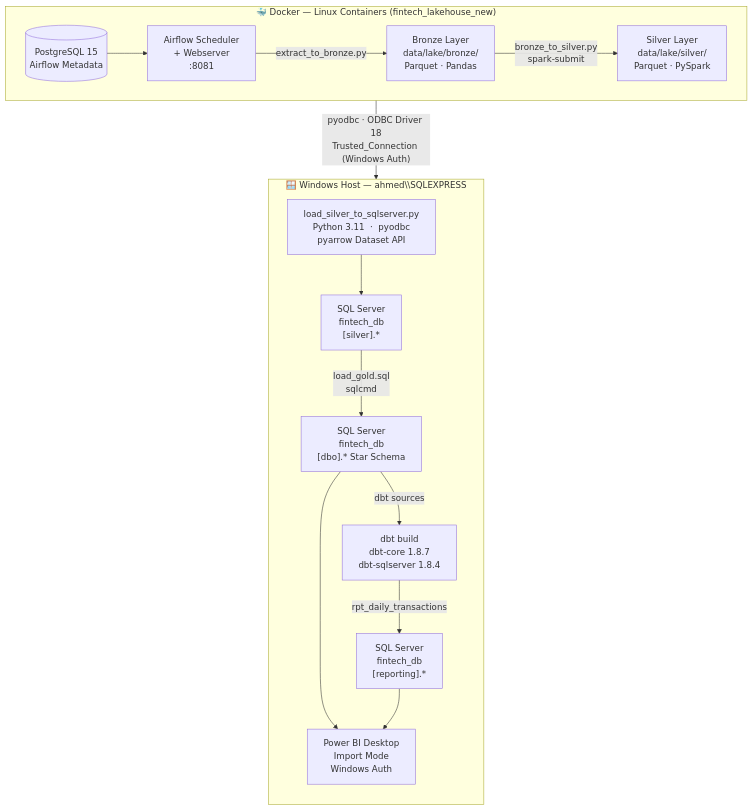
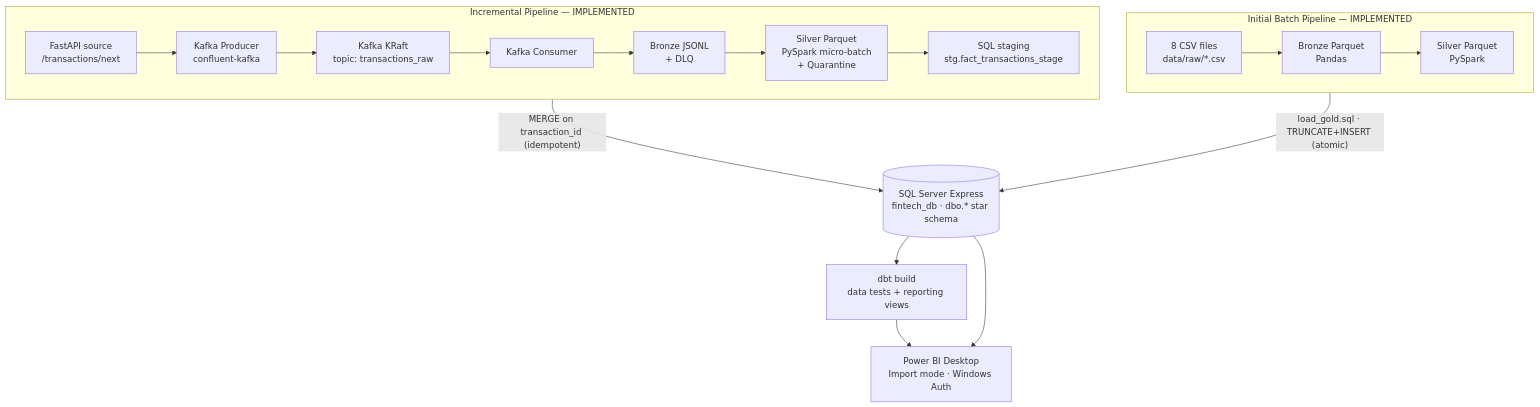
The first of 5 diagrams in docs/ARCHITECTURE.md (ahmednhmedo/fintech_db), drawn with Mermaid before and after one commit. The commit also changed other lines of this file and 50 other files, not shown here.

First line of the commit message:
Add incremental Kafka pipeline, dbt tests, presentation assets, and update docs

````diff
--- a/docs/ARCHITECTURE.md
+++ b/docs/ARCHITECTURE.md
@@ -38,31 +99,31 @@
 ```mermaid
 flowchart TD
-    subgraph DOCKER["🐳 Docker  —  Linux Containers (fintech_lakehouse_new)"]
+    subgraph BATCH["Initial Batch Pipeline — IMPLEMENTED"]
         direction LR
-        PG[(PostgreSQL 15\nAirflow Metadata)]
-        AF[Airflow Scheduler\n+ Webserver\n:8081]
-        BRZ["Bronze Layer\ndata/lake/bronze/\nParquet  ·  Pandas"]
-        SLV["Silver Layer\ndata/lake/silver/\nParquet  ·  PySpark"]
-        PG --> AF
-        AF -->|extract_to_bronze.py| BRZ
-        BRZ -->|bronze_to_silver.py\nspark-submit| SLV
+        CSV["8 CSV files<br/>data/raw/*.csv"]
+        BBR["Bronze Parquet<br/>Pandas"]
+        BSV["Silver Parquet<br/>PySpark"]
+        CSV --> BBR --> BSV
     end
 
-    subgraph HOST["🪟 Windows Host  —  ahmed\\SQLEXPRESS"]
-        direction TB
-        PY["load_silver_to_sqlserver.py\nPython 3.11  ·  pyodbc\npyarrow Dataset API"]
-        SS["SQL Server\nfintech_db\n[silver].*"]
-        SG["SQL Server\nfintech_db\n[dbo].* Star Schema"]
-        DR["SQL Server\nfintech_db\n[reporting].*"]
-        DBT["dbt build\ndbt-core 1.8.7\ndbt-sqlserver 1.8.4"]
-        PBI["Power BI Desktop\nImport Mode\nWindows Auth"]
-        PY --> SS
-        SS -->|load_gold.sql\nsqlcmd| SG
-        SG -->|dbt sources| DBT
-        DBT -->|rpt_daily_transactions| DR
-        SG --> PBI
-        DR --> PBI
+    subgraph INCR["Incremental Pipeline — IMPLEMENTED"]
+        direction LR
+        FAPI["FastAPI source<br/>/transactions/next"]
+        PROD["Kafka Producer<br/>confluent-kafka"]
+        KAFKA["Kafka KRaft<br/>topic: transactions_raw"]
+        CONS["Kafka Consumer"]
+        IBR["Bronze JSONL<br/>+ DLQ"]
+        ISV["Silver Parquet<br/>PySpark micro-batch<br/>+ Quarantine"]
+        SSTG["SQL staging<br/>stg.fact_transactions_stage"]
+        FAPI --> PROD --> KAFKA --> CONS --> IBR --> ISV --> SSTG
     end
 
-    SLV -->|"pyodbc · ODBC Driver 18\nTrusted_Connection (Windows Auth)"| PY
+    WH[("SQL Server Express<br/>fintech_db · dbo.* star schema")]
+    DBT["dbt build<br/>data tests + reporting views"]
+    PBI["Power BI Desktop<br/>Import mode · Windows Auth"]
+
+    BSV -->|"load_gold.sql · TRUNCATE+INSERT (atomic)"| WH
+    SSTG -->|"MERGE on transaction_id (idempotent)"| WH
+    WH --> DBT --> PBI
+    WH --> PBI
 ```
````
